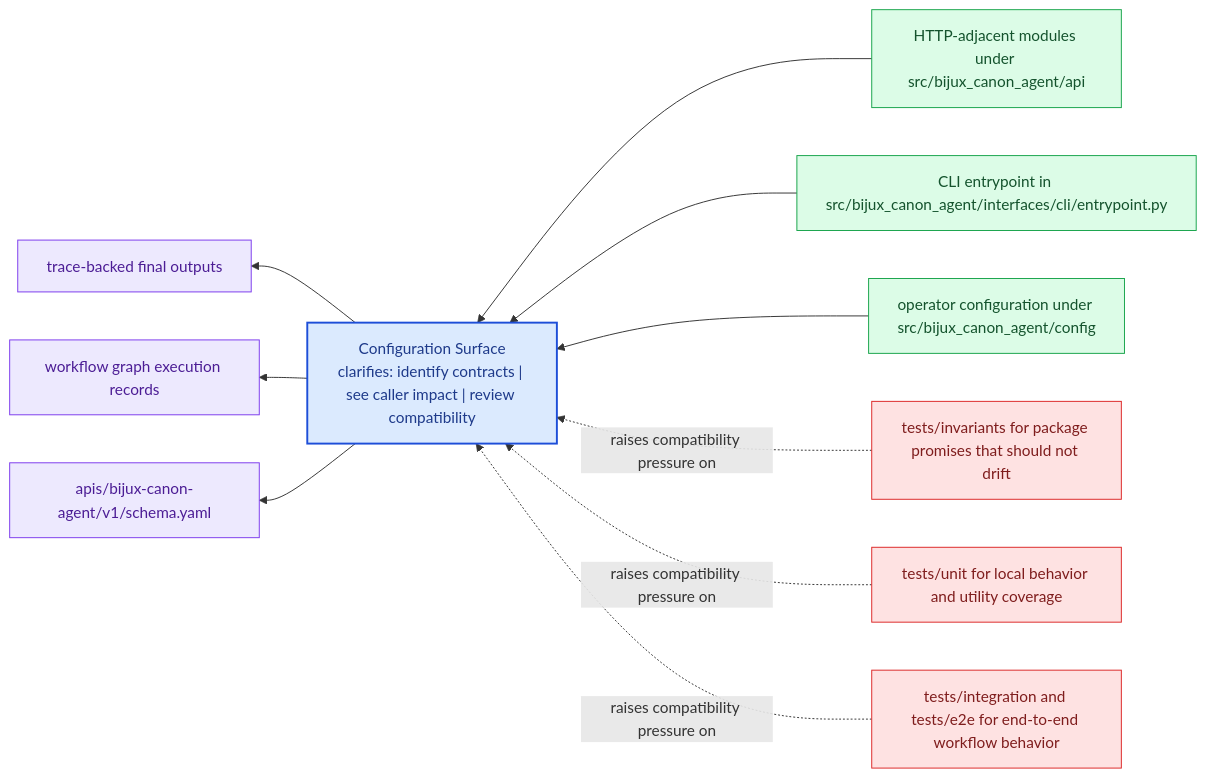
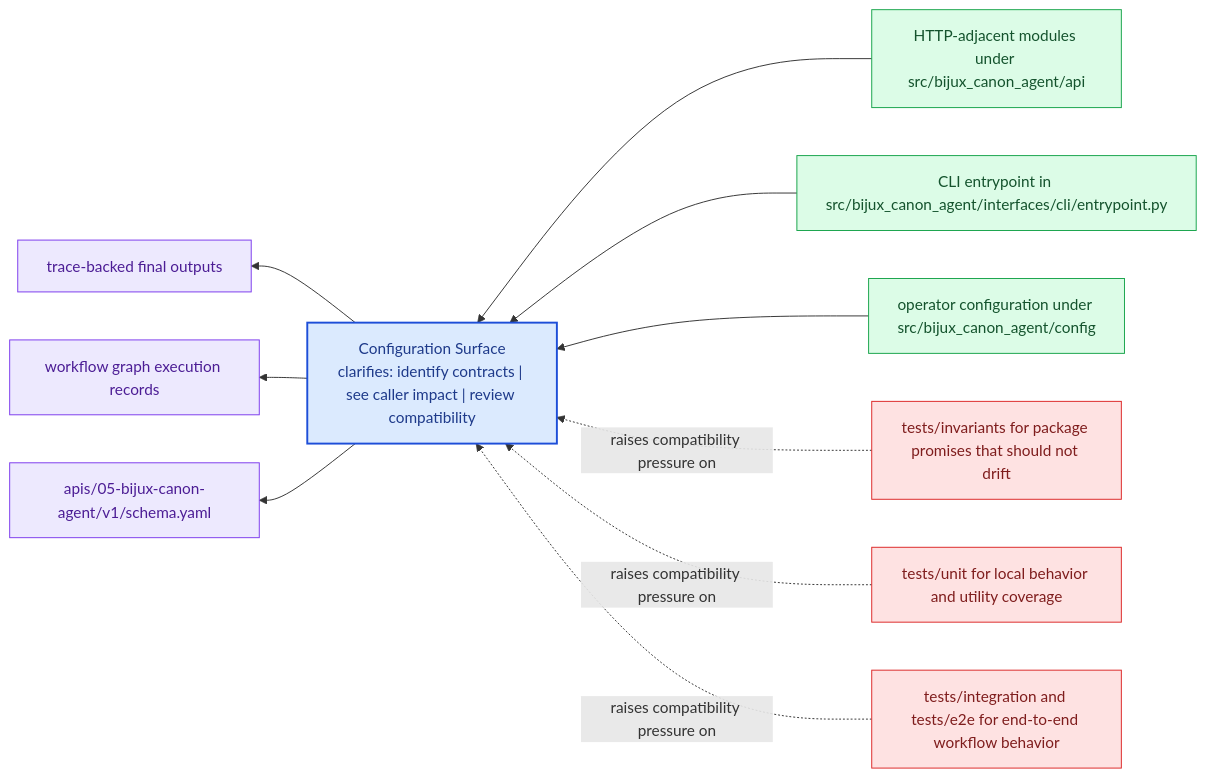
The diagram in docs/05-bijux-canon-agent/interfaces/configuration-surface.md (bijux/bijux-canon), drawn with Mermaid before and after one commit. The commit also changed other lines of this file and 167 other files, not shown here.

````diff
--- a/docs/05-bijux-canon-agent/interfaces/configuration-surface.md
+++ b/docs/05-bijux-canon-agent/interfaces/configuration-surface.md
@@ -23,31 +23,31 @@
 ```mermaid
 flowchart RL
     page["Configuration Surface<br/>clarifies: identify contracts | see caller impact | review compatibility"]
     classDef page fill:#dbeafe,stroke:#1d4ed8,color:#1e3a8a,stroke-width:2px;
     classDef positive fill:#dcfce7,stroke:#16a34a,color:#14532d;
     classDef caution fill:#fee2e2,stroke:#dc2626,color:#7f1d1d;
     classDef anchor fill:#ede9fe,stroke:#7c3aed,color:#4c1d95;
     classDef action fill:#fef3c7,stroke:#d97706,color:#7c2d12;
     surface1["HTTP-adjacent modules under src/bijux_canon_agent/api"]
     surface1 --> page
     surface2["CLI entrypoint in src/bijux_canon_agent/interfaces/cli/entrypoint.py"]
     surface2 --> page
     surface3["operator configuration under src/bijux_canon_agent/config"]
     surface3 --> page
     proof1["trace-backed final outputs"]
     page --> proof1
     proof2["workflow graph execution records"]
     page --> proof2
-    proof3["apis/bijux-canon-agent/v1/schema.yaml"]
+    proof3["apis/05-bijux-canon-agent/v1/schema.yaml"]
     page --> proof3
     review1["tests/invariants for package promises that should not drift"]
     review1 -.raises compatibility pressure on.-> page
     review2["tests/unit for local behavior and utility coverage"]
     review2 -.raises compatibility pressure on.-> page
     review3["tests/integration and tests/e2e for end-to-end workflow behavior"]
     review3 -.raises compatibility pressure on.-> page
     class page page;
     class surface1,surface2,surface3 positive;
     class proof1,proof2,proof3 anchor;
     class review1,review2,review3 caution;
 ```
````
